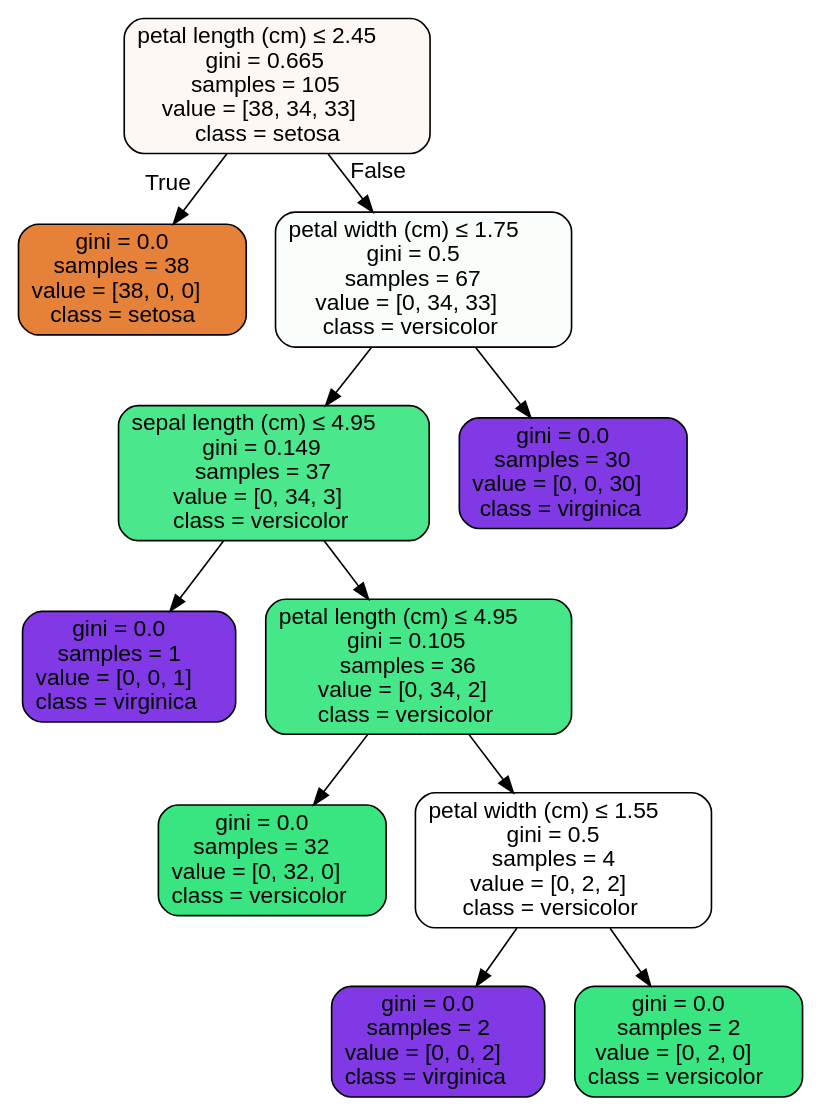
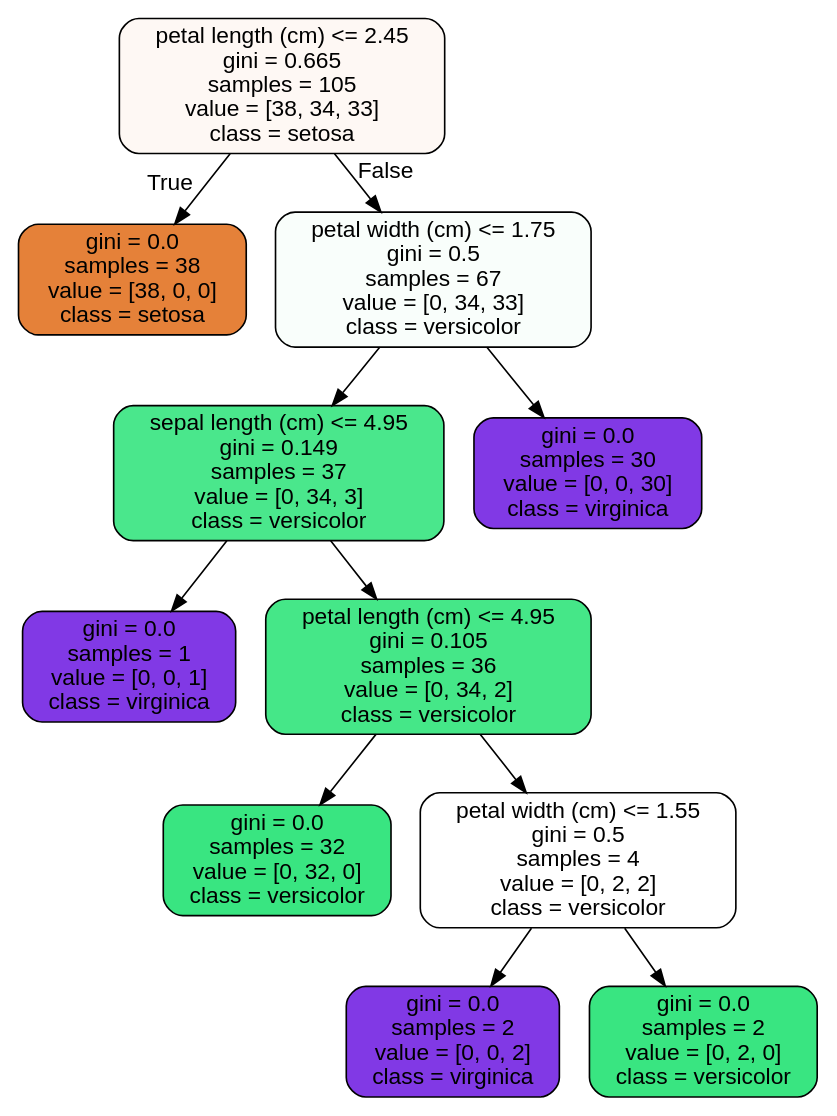
Before and after one commit to Pritam-Stats/ML-Assignments: the diagram in Decision Tree/iris_tree.dot, drawn with Graphviz. The commit also changed 1 other file, not shown here.

Commit message:
update in the graphviz, special char set to false

```diff
--- a/Decision Tree/iris_tree.dot
+++ b/Decision Tree/iris_tree.dot
@@ -1,25 +1,25 @@
 digraph Tree {
 node [shape=box, style="filled, rounded", color="black", fontname="helvetica"] ;
 edge [fontname="helvetica"] ;
-0 [label=<petal length (cm) &le; 2.45<br/>gini = 0.665<br/>samples = 105<br/>value = [38, 34, 33]<br/>class = setosa>, fillcolor="#fef8f4"] ;
-1 [label=<gini = 0.0<br/>samples = 38<br/>value = [38, 0, 0]<br/>class = setosa>, fillcolor="#e58139"] ;
+0 [label="petal length (cm) <= 2.45\ngini = 0.665\nsamples = 105\nvalue = [38, 34, 33]\nclass = setosa", fillcolor="#fef8f4"] ;
+1 [label="gini = 0.0\nsamples = 38\nvalue = [38, 0, 0]\nclass = setosa", fillcolor="#e58139"] ;
 0 -> 1 [labeldistance=2.5, labelangle=45, headlabel="True"] ;
-2 [label=<petal width (cm) &le; 1.75<br/>gini = 0.5<br/>samples = 67<br/>value = [0, 34, 33]<br/>class = versicolor>, fillcolor="#f9fefb"] ;
+2 [label="petal width (cm) <= 1.75\ngini = 0.5\nsamples = 67\nvalue = [0, 34, 33]\nclass = versicolor", fillcolor="#f9fefb"] ;
 0 -> 2 [labeldistance=2.5, labelangle=-45, headlabel="False"] ;
-3 [label=<sepal length (cm) &le; 4.95<br/>gini = 0.149<br/>samples = 37<br/>value = [0, 34, 3]<br/>class = versicolor>, fillcolor="#4ae78c"] ;
+3 [label="sepal length (cm) <= 4.95\ngini = 0.149\nsamples = 37\nvalue = [0, 34, 3]\nclass = versicolor", fillcolor="#4ae78c"] ;
 2 -> 3 ;
-4 [label=<gini = 0.0<br/>samples = 1<br/>value = [0, 0, 1]<br/>class = virginica>, fillcolor="#8139e5"] ;
+4 [label="gini = 0.0\nsamples = 1\nvalue = [0, 0, 1]\nclass = virginica", fillcolor="#8139e5"] ;
 3 -> 4 ;
-5 [label=<petal length (cm) &le; 4.95<br/>gini = 0.105<br/>samples = 36<br/>value = [0, 34, 2]<br/>class = versicolor>, fillcolor="#45e788"] ;
+5 [label="petal length (cm) <= 4.95\ngini = 0.105\nsamples = 36\nvalue = [0, 34, 2]\nclass = versicolor", fillcolor="#45e788"] ;
 3 -> 5 ;
-6 [label=<gini = 0.0<br/>samples = 32<br/>value = [0, 32, 0]<br/>class = versicolor>, fillcolor="#39e581"] ;
+6 [label="gini = 0.0\nsamples = 32\nvalue = [0, 32, 0]\nclass = versicolor", fillcolor="#39e581"] ;
 5 -> 6 ;
-7 [label=<petal width (cm) &le; 1.55<br/>gini = 0.5<br/>samples = 4<br/>value = [0, 2, 2]<br/>class = versicolor>, fillcolor="#ffffff"] ;
+7 [label="petal width (cm) <= 1.55\ngini = 0.5\nsamples = 4\nvalue = [0, 2, 2]\nclass = versicolor", fillcolor="#ffffff"] ;
 5 -> 7 ;
-8 [label=<gini = 0.0<br/>samples = 2<br/>value = [0, 0, 2]<br/>class = virginica>, fillcolor="#8139e5"] ;
+8 [label="gini = 0.0\nsamples = 2\nvalue = [0, 0, 2]\nclass = virginica", fillcolor="#8139e5"] ;
 7 -> 8 ;
-9 [label=<gini = 0.0<br/>samples = 2<br/>value = [0, 2, 0]<br/>class = versicolor>, fillcolor="#39e581"] ;
+9 [label="gini = 0.0\nsamples = 2\nvalue = [0, 2, 0]\nclass = versicolor", fillcolor="#39e581"] ;
 7 -> 9 ;
-10 [label=<gini = 0.0<br/>samples = 30<br/>value = [0, 0, 30]<br/>class = virginica>, fillcolor="#8139e5"] ;
+10 [label="gini = 0.0\nsamples = 30\nvalue = [0, 0, 30]\nclass = virginica", fillcolor="#8139e5"] ;
 2 -> 10 ;
 }
```
